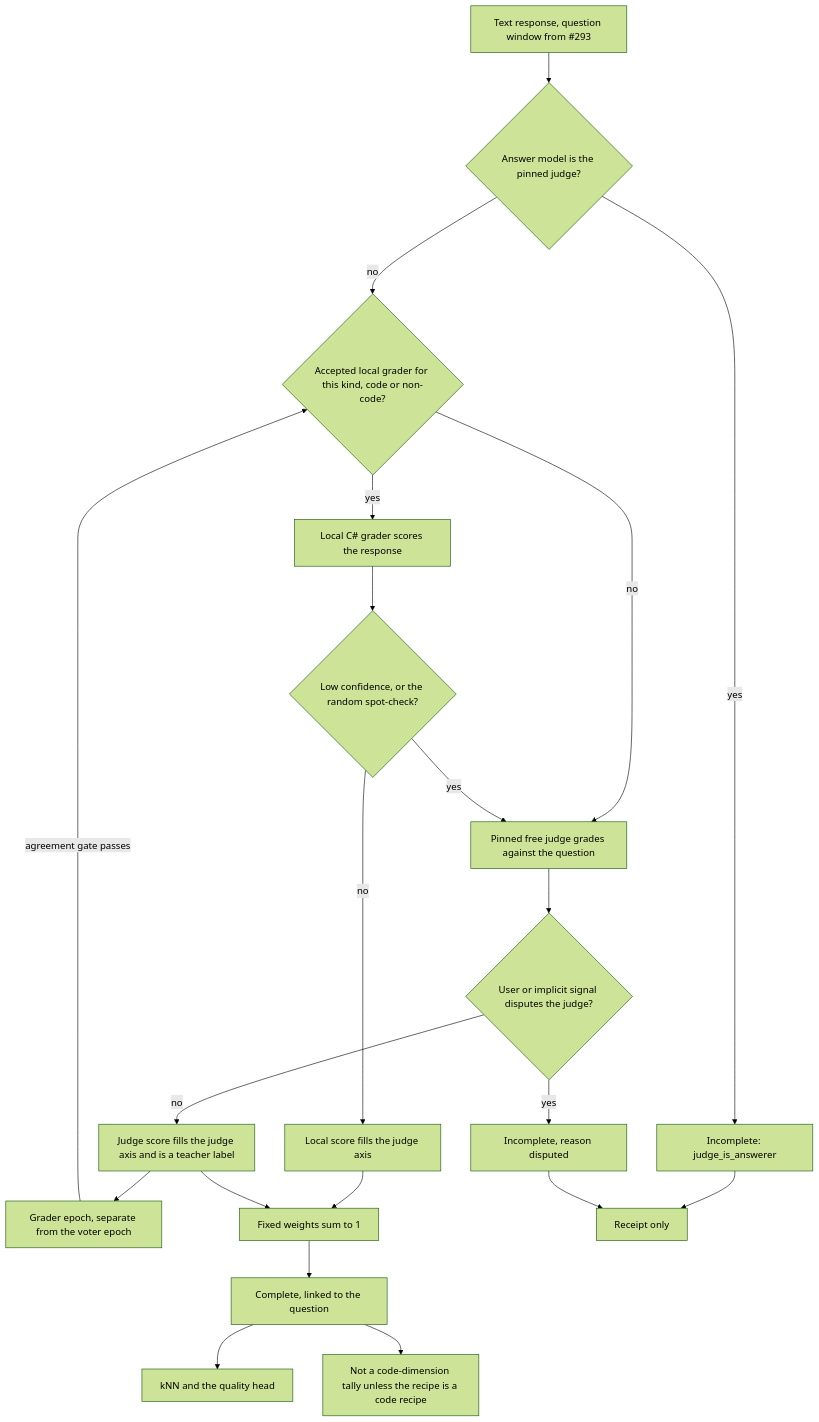
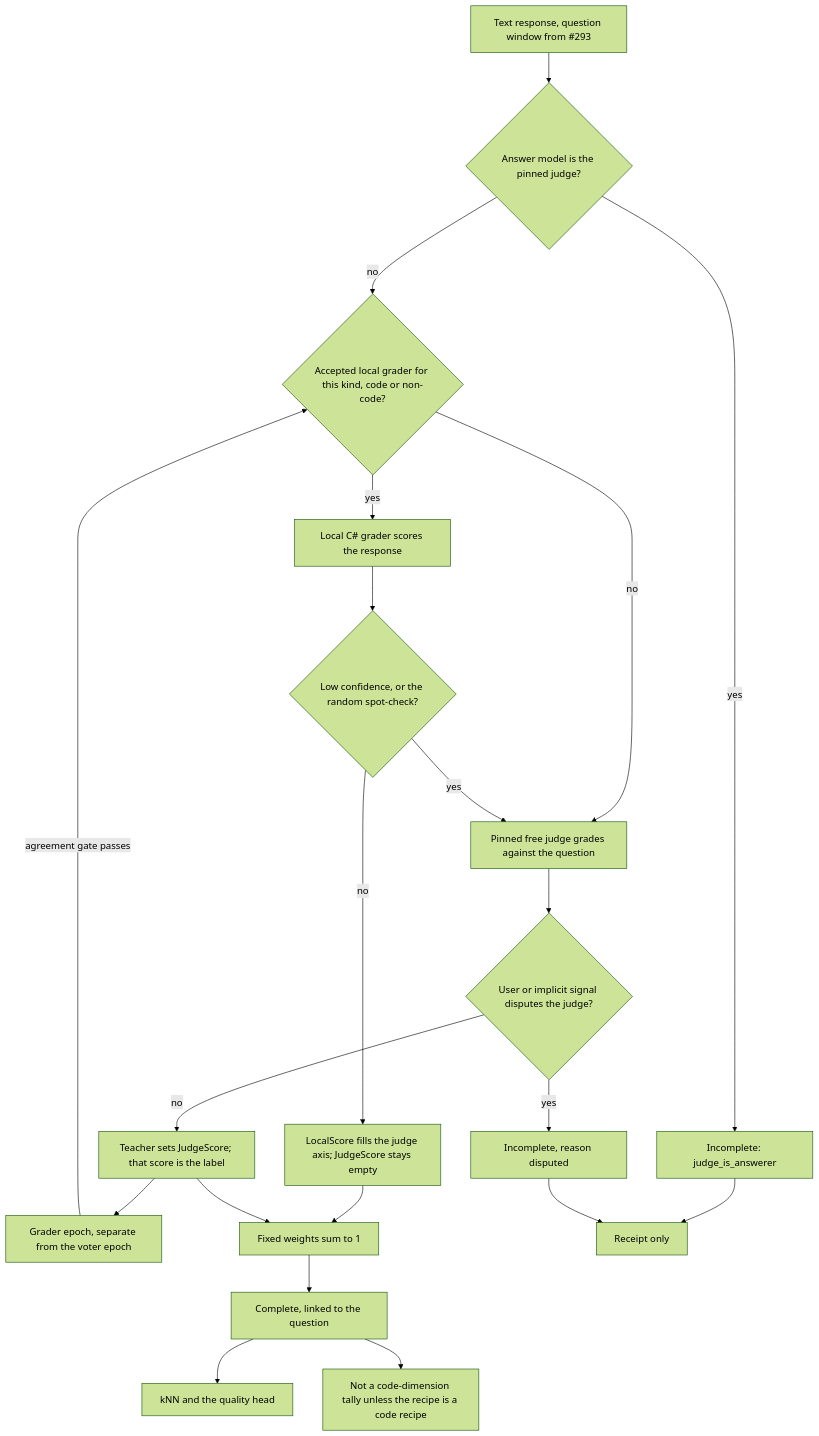
The second of 3 diagrams in docs/plans/issue-304-grade-non-coding-responses.md (davidpizon/TotallyHot-ArcRouter), drawn with Mermaid (forest theme) before and after one commit. The commit also changed other lines of this file, not shown here.

````diff
--- a/docs/plans/issue-304-grade-non-coding-responses.md
+++ b/docs/plans/issue-304-grade-non-coding-responses.md
@@ -70,23 +74,23 @@
 ```mermaid
 flowchart TD
     R[Text response, question window from #293] --> EX{Answer model is the pinned judge?}
     EX -->|yes| BAN[Incomplete: judge_is_answerer]
     EX -->|no| LOC{Accepted local grader for this kind, code or non-code?}
     LOC -->|no| J[Pinned free judge grades against the question]
     LOC -->|yes| LG[Local C# grader scores the response]
     LG --> CONF{Low confidence, or the random spot-check?}
-    CONF -->|no| S[Local score fills the judge axis]
+    CONF -->|no| S[LocalScore fills the judge axis; JudgeScore stays empty]
     CONF -->|yes| J
     J --> DISP{User or implicit signal disputes the judge?}
     DISP -->|yes| D[Incomplete, reason disputed]
-    DISP -->|no| T[Judge score fills the judge axis and is a teacher label]
+    DISP -->|no| T[Teacher sets JudgeScore; that score is the label]
     T --> GE[Grader epoch, separate from the voter epoch]
     GE -->|agreement gate passes| LOC
     S --> AGG[Fixed weights sum to 1]
     T --> AGG
     AGG --> OK[Complete, linked to the question]
     OK --> MEM[kNN and the quality head]
     OK --> NOT[Not a code-dimension tally unless the recipe is a code recipe]
     BAN --> REC[Receipt only]
     D --> REC
 ```
````
